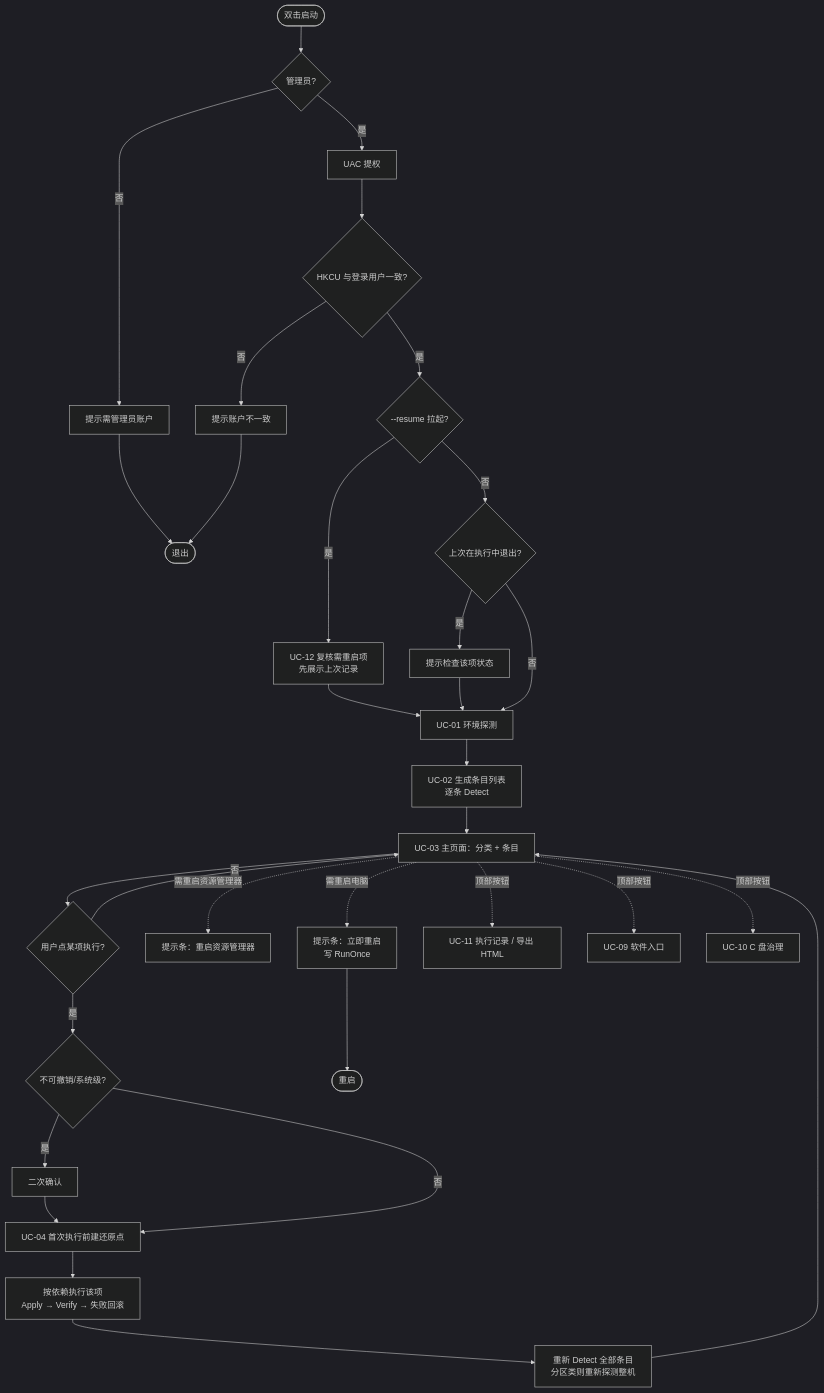
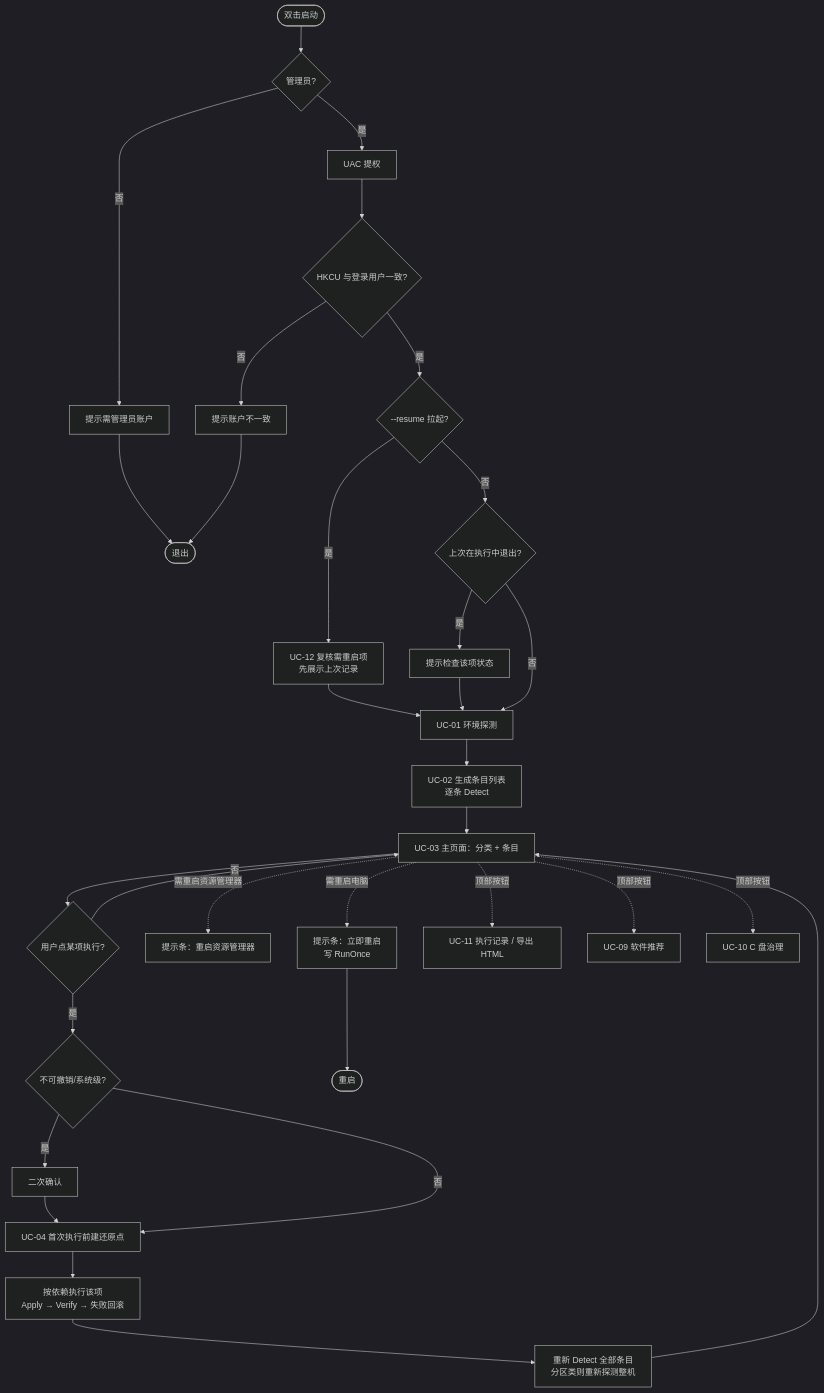
The second of 8 diagrams in docs/02-用例与用户流程.md (CookPiu/WinHomestead), drawn with Mermaid (dark theme) before and after one commit. The commit also changed other lines of this file and 17 other files, not shown here.

````diff
--- a/docs/02-用例与用户流程.md
+++ b/docs/02-用例与用户流程.md
@@ -284,28 +287,28 @@
 ```mermaid
 flowchart TD
   A([双击启动]) --> B{管理员?}
   B -- 否 --> B1[提示需管理员账户] --> Z([退出])
   B -- 是 --> C[UAC 提权]
   C --> D{HKCU 与登录用户一致?}
   D -- 否 --> D1[提示账户不一致] --> Z
   D -- 是 --> E{"--resume 拉起?"}
   E -- 是 --> E1[UC-12 复核需重启项<br/>先展示上次记录] --> F
   E -- 否 --> E2{上次在执行中退出?}
   E2 -- 是 --> E3[提示检查该项状态] --> F
   E2 -- 否 --> F[UC-01 环境探测]
   F --> G[UC-02 生成条目列表<br/>逐条 Detect]
   G --> H[UC-03 主页面：分类 + 条目]
   H --> I{用户点某项执行?}
   I -- 否 --> H
   I -- 是 --> J{不可撤销/系统级?}
   J -- 是 --> J1[二次确认] --> K
   J -- 否 --> K[UC-04 首次执行前建还原点]
   K --> K1[按依赖执行该项<br/>Apply → Verify → 失败回滚]
   K1 --> K2[重新 Detect 全部条目<br/>分区类则重新探测整机]
   K2 --> H
   H -.需重启资源管理器.-> R1[提示条：重启资源管理器]
   H -.需重启电脑.-> R2[提示条：立即重启<br/>写 RunOnce] --> Z2([重启])
   H -.顶部按钮.-> S1[UC-11 执行记录 / 导出 HTML]
-  H -.顶部按钮.-> S2[UC-09 软件入口]
+  H -.顶部按钮.-> S2[UC-09 软件推荐]
   H -.顶部按钮.-> S3[UC-10 C 盘治理]
 ```
````
